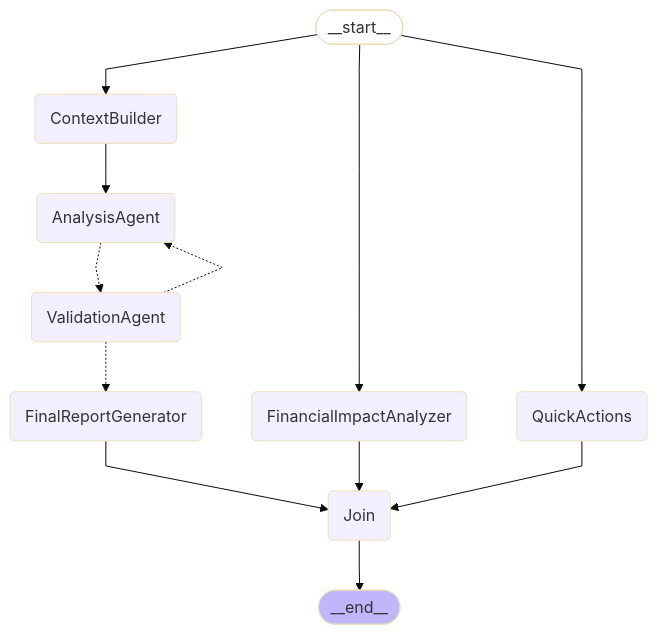
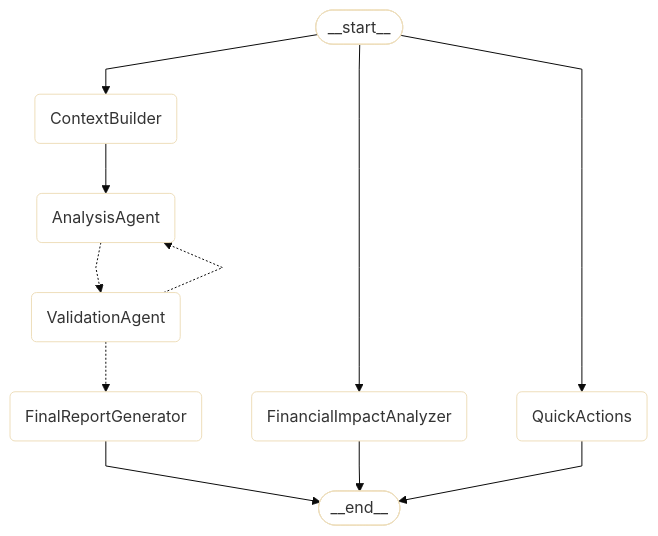
Before and after one commit to AaSiKu/Laminar-InterIIT-14.0: the diagram in backend/agentic/RCA/arch-spec.md, drawn with Mermaid (base theme). The commit also changed 1 other file, not shown here.

Commit message:
REFACTOR: join node removed

````diff
--- a/backend/agentic/RCA/arch-spec.md
+++ b/backend/agentic/RCA/arch-spec.md
@@ -124,31 +124,29 @@
 ```mermaid
 ---
 config:
   flowchart:
     curve: linear
 ---
 graph TD;
-	__start__([<p>__start__</p>]):::first
-	FinancialImpactAnalyzer(FinancialImpactAnalyzer)
-	QuickActions(QuickActions)
-	ContextBuilder(ContextBuilder)
-	AnalysisAgent(AnalysisAgent)
-	ValidationAgent(ValidationAgent)
-	FinalReportGenerator(FinalReportGenerator)
-	Join(Join)
-	__end__([<p>__end__</p>]):::last
-	AnalysisAgent -.-> ValidationAgent;
-	ContextBuilder --> AnalysisAgent;
-	FinalReportGenerator --> Join;
-	FinancialImpactAnalyzer --> Join;
-	QuickActions --> Join;
-	ValidationAgent -.-> AnalysisAgent;
-	ValidationAgent -.-> FinalReportGenerator;
-	__start__ --> ContextBuilder;
-	__start__ --> FinancialImpactAnalyzer;
-	__start__ --> QuickActions;
-	Join --> __end__;
-	classDef default fill:#f2f0ff,line-height:1.2
-	classDef first fill-opacity:0
-	classDef last fill:#bfb6fc
+        __start__([<p>__start__</p>]):::first
+        FinancialImpactAnalyzer(FinancialImpactAnalyzer)
+        QuickActions(QuickActions)
+        ContextBuilder(ContextBuilder)
+        AnalysisAgent(AnalysisAgent)
+        ValidationAgent(ValidationAgent)
+        FinalReportGenerator(FinalReportGenerator)
+        __end__([<p>__end__</p>]):::last
+        AnalysisAgent -.-> ValidationAgent;
+        ContextBuilder --> AnalysisAgent;
+        ValidationAgent -.-> AnalysisAgent;
+        ValidationAgent -.-> FinalReportGenerator;
+        __start__ --> ContextBuilder;
+        __start__ --> FinancialImpactAnalyzer;
+        __start__ --> QuickActions;
+        FinalReportGenerator --> __end__;
+        FinancialImpactAnalyzer --> __end__;
+        QuickActions --> __end__;
+        classDef default fill:#ffffff,line-height:1.2
+        classDef first fill-opacity:0
+        classDef last fill:#ffffff
 ```
````
